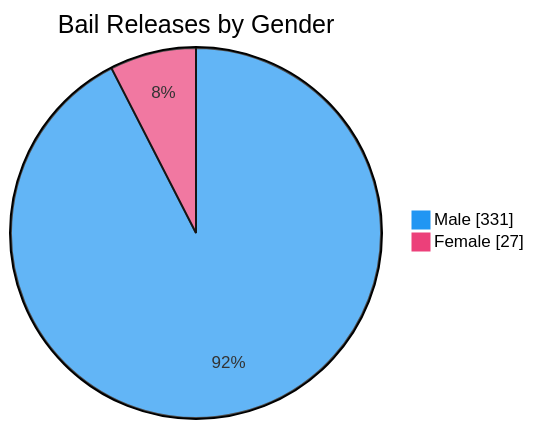
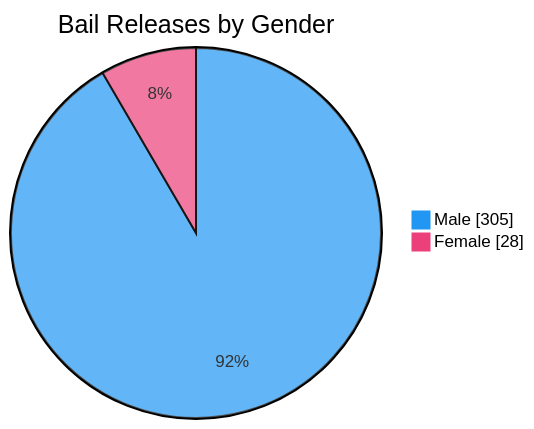
Before and after one commit to nuuuwan/lk_prisons: the seventh of 7 diagrams in README.md, drawn with Mermaid. The commit also changed other lines of this file and 1 other file, not shown here.

````diff
--- a/README.md
+++ b/README.md
@@ -109,6 +109,6 @@
 ```mermaid
 %%{init: {'themeVariables': {'pie1': '#2196F3', 'pie2': '#EC407A'}}}%%
 pie showData title Bail Releases by Gender
-    "Male" : 331
-    "Female" : 27
+    "Male" : 305
+    "Female" : 28
 ```
````
